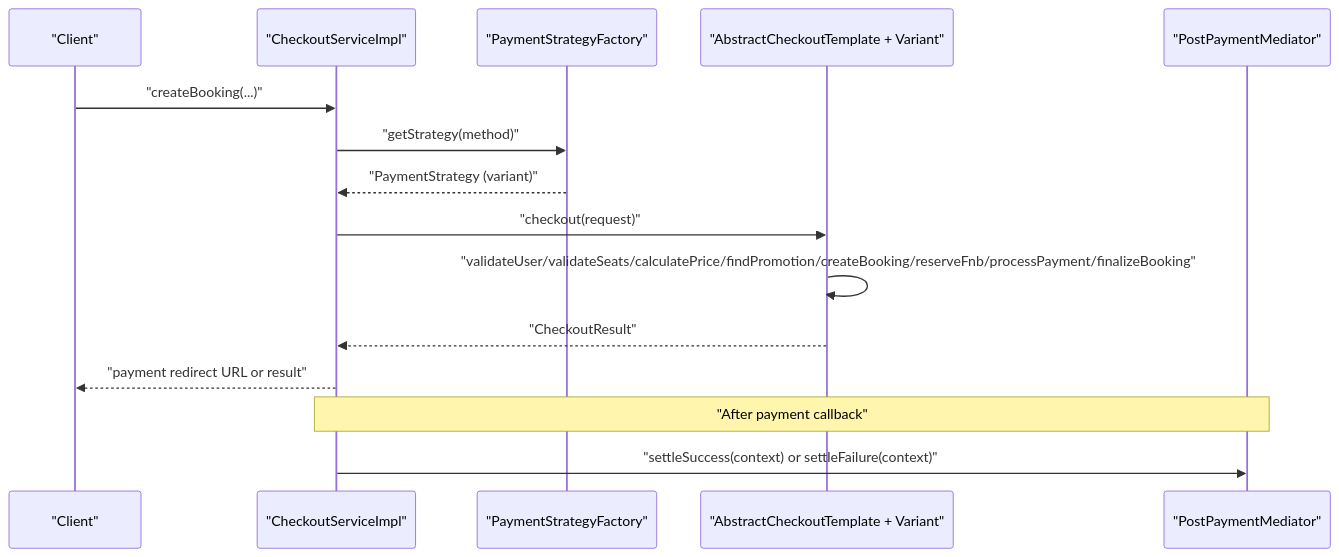
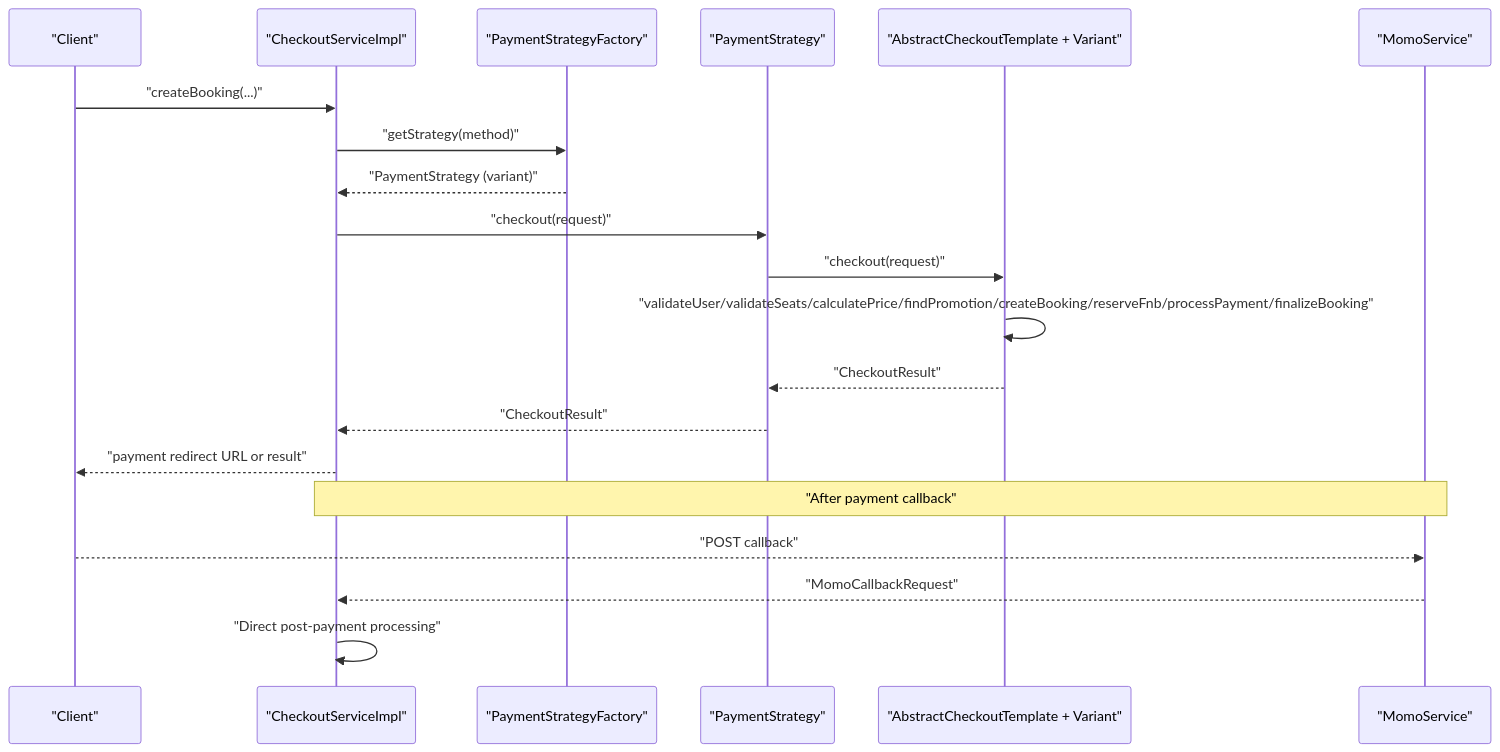
The second of 9 diagrams in .qoder/repowiki/en/content/Backend Development/Service Layer Implementation/Core Business Services/Checkout Service.md (anhtudayne/Design_Pattern), drawn with Mermaid before and after one commit. The commit also changed other lines of this file and 10 other files, not shown here.

````diff
--- a/.qoder/repowiki/en/content/Backend Development/Service Layer Implementation/Core Business Services/Checkout Service.md
+++ b/.qoder/repowiki/en/content/Backend Development/Service Layer Implementation/Core Business Services/Checkout Service.md
@@ -106,17 +124,22 @@
 ```mermaid
 sequenceDiagram
 participant Client as "Client"
 participant Service as "CheckoutServiceImpl"
 participant Factory as "PaymentStrategyFactory"
+participant Strategy as "PaymentStrategy"
 participant Template as "AbstractCheckoutTemplate + Variant"
-participant Med as "PostPaymentMediator"
+participant Gateway as "MomoService"
 Client->>Service : "createBooking(...)"
 Service->>Factory : "getStrategy(method)"
 Factory-->>Service : "PaymentStrategy (variant)"
-Service->>Template : "checkout(request)"
+Service->>Strategy : "checkout(request)"
+Strategy->>Template : "checkout(request)"
 Template->>Template : "validateUser/validateSeats/calculatePrice/findPromotion/createBooking/reserveFnb/processPayment/finalizeBooking"
-Template-->>Service : "CheckoutResult"
+Template-->>Strategy : "CheckoutResult"
+Strategy-->>Service : "CheckoutResult"
 Service-->>Client : "payment redirect URL or result"
-Note over Service,Med : "After payment callback"
-Service->>Med : "settleSuccess(context) or settleFailure(context)"
+Note over Service,Gateway : "After payment callback"
+Client-->>Gateway : "POST callback"
+Gateway-->>Service : "MomoCallbackRequest"
+Service->>Service : "Direct post-payment processing"
 ```
````
